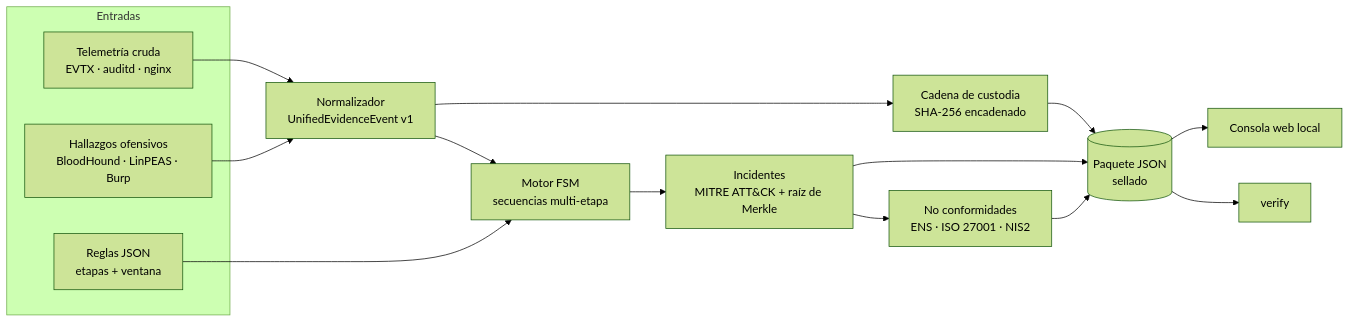
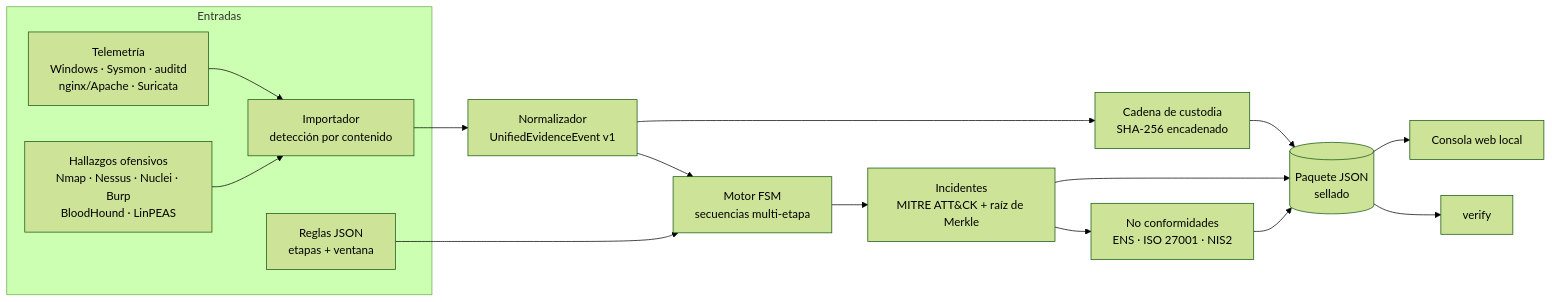
One commit to heindall92/evidence-correlator changed the first of 2 diagrams in README.md. Above: the diagram before and after it, drawn with Mermaid (forest theme). The commit also changed other lines of this file and 41 other files, not shown here.

````diff
--- a/README.md
+++ b/README.md
@@ -168,20 +205,22 @@
 ```mermaid
 flowchart LR
   subgraph Entradas
-    F["Hallazgos ofensivos<br/>BloodHound · LinPEAS · Burp"]
-    T["Telemetría cruda<br/>EVTX · auditd · nginx"]
+    F["Hallazgos ofensivos<br/>Nmap · Nessus · Nuclei · Burp<br/>BloodHound · LinPEAS"]
+    T["Telemetría<br/>Windows · Sysmon · auditd<br/>nginx/Apache · Suricata"]
+    M["Importador<br/>detección por contenido"]
     R["Reglas JSON<br/>etapas + ventana"]
   end
-  T --> N["Normalizador<br/>UnifiedEvidenceEvent v1"]
-  F --> N
+  T --> M
+  F --> M
+  M --> N["Normalizador<br/>UnifiedEvidenceEvent v1"]
   N --> C["Cadena de custodia<br/>SHA-256 encadenado"]
   N --> E["Motor FSM<br/>secuencias multi-etapa"]
   R --> E
   E --> I["Incidentes<br/>MITRE ATT&CK + raíz de Merkle"]
   I --> G["No conformidades<br/>ENS · ISO 27001 · NIS2"]
   C --> B[("Paquete JSON<br/>sellado")]
   I --> B
   G --> B
   B --> D["Consola web local"]
   B --> V["verify"]
 ```
````
